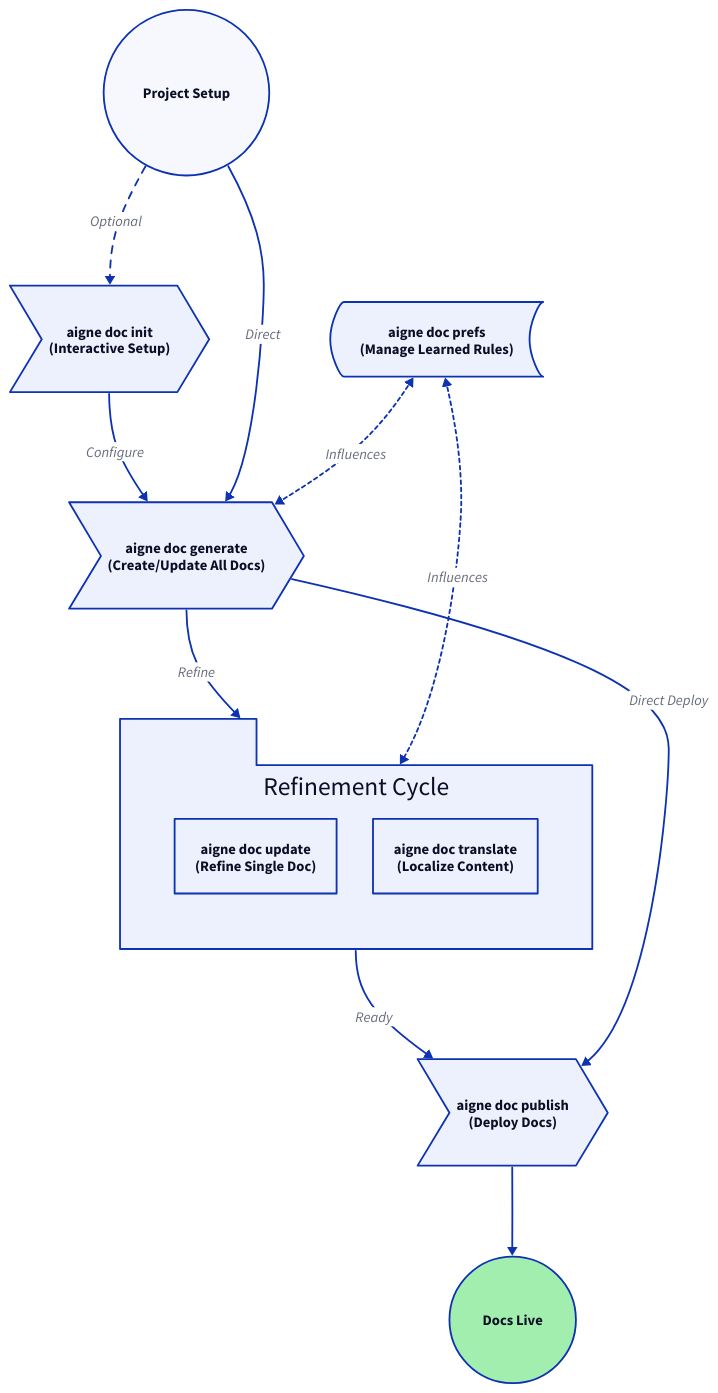
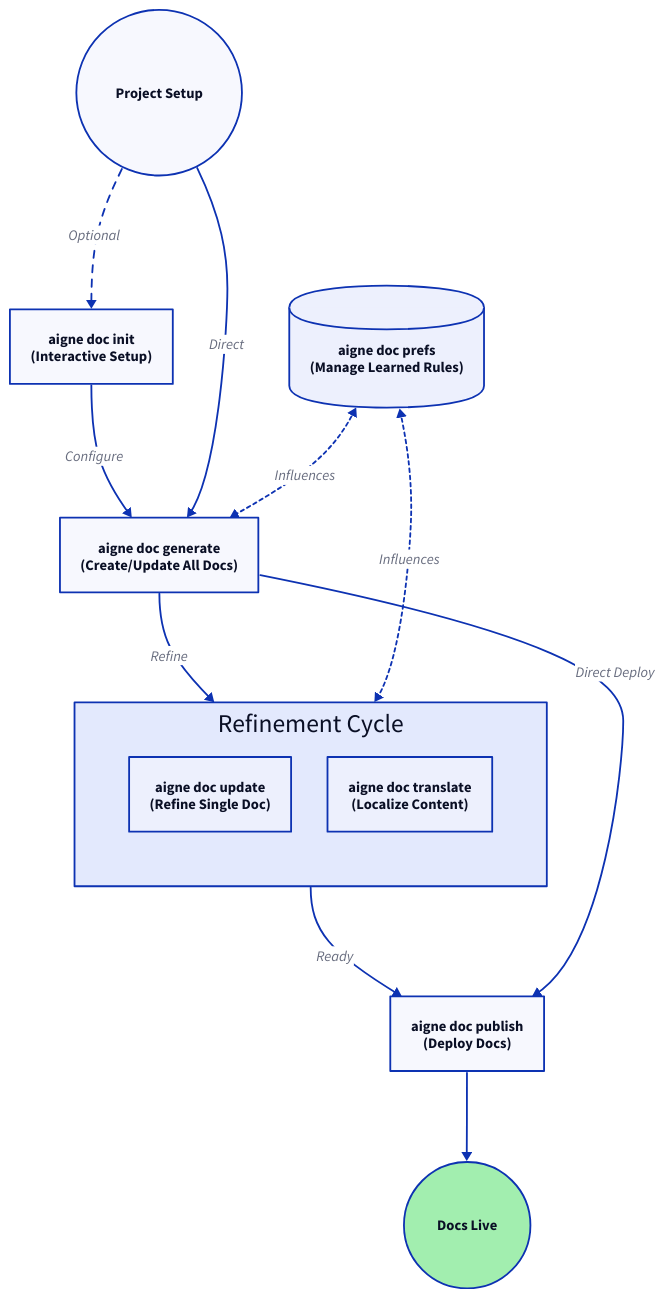
Before and after one commit to AIGNE-io/aigne-doc-smith: the diagram in docs/cli-reference.md, drawn with D2. The commit also changed other lines of this file and 35 other files, not shown here.

````diff
--- a/docs/cli-reference.md
+++ b/docs/cli-reference.md
@@ -19,64 +15,64 @@
 ```d2
 direction: down
 
 Start: {
   label: "Project Setup"
   shape: circle
 }
 
 init: {
   label: "aigne doc init\n(Interactive Setup)"
-  shape: step
+  shape: rectangle
 }
 
 generate: {
   label: "aigne doc generate\n(Create/Update All Docs)"
-  shape: step
+  shape: rectangle
 }
 
 refinement-cycle: {
   label: "Refinement Cycle"
-  shape: package
+  shape: rectangle
   grid-columns: 2
 
   update: {
     label: "aigne doc update\n(Refine Single Doc)"
   }
   translate: {
     label: "aigne doc translate\n(Localize Content)"
   }
 }
 
 publish: {
   label: "aigne doc publish\n(Deploy Docs)"
-  shape: step
+  shape: rectangle
 }
 
 End: {
   label: "Docs Live"
   shape: circle
   style.fill: "#a2eeaf"
 }
 
 prefs: {
   label: "aigne doc prefs\n(Manage Learned Rules)"
-  shape: stored_data
+  shape: cylinder
 }
 
 Start -> init: "Optional" {
   style.stroke-dash: 4
 }
 init -> generate: "Configure"
 Start -> generate: "Direct"
 generate -> refinement-cycle: "Refine"
 refinement-cycle -> publish: "Ready"
 generate -> publish: "Direct Deploy"
 publish -> End
 
 prefs <-> generate: "Influences" {
   style.stroke-dash: 2
 }
 prefs <-> refinement-cycle: "Influences" {
   style.stroke-dash: 2
 }
 ```
````
